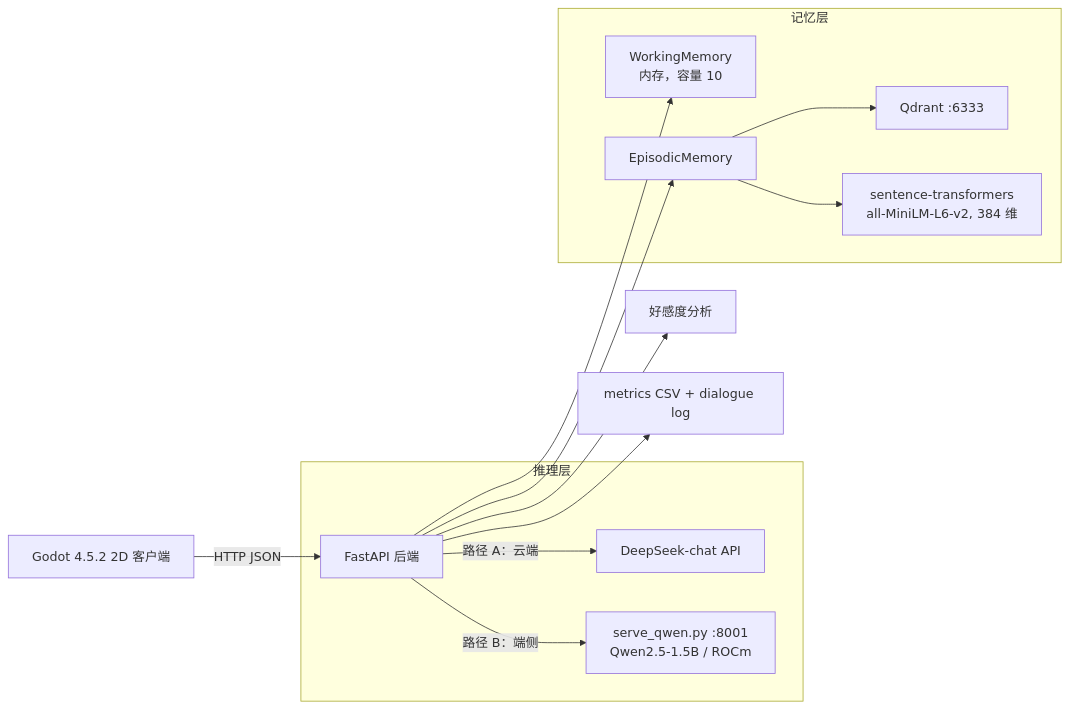
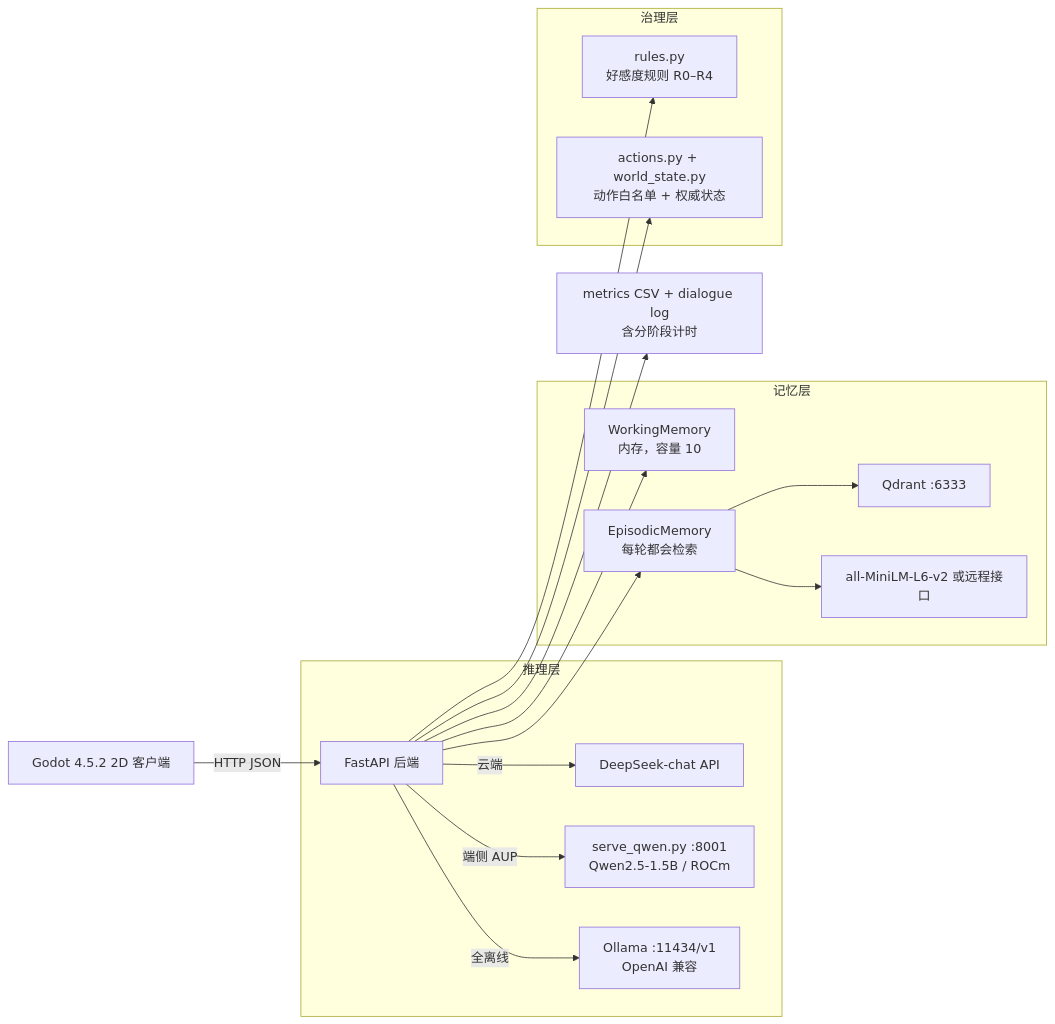
Before and after one commit to lingqinwd/cybertown-eval: the diagram in docs/ARCHITECTURE.md, drawn with Mermaid. The commit also changed other lines of this file and 2 other files, not shown here.

First line of the commit message:
docs: 修正"开销来源"的表述、ARCHITECTURE 补治理层、汇报稿加 PPT 素材

````diff
--- a/docs/ARCHITECTURE.md
+++ b/docs/ARCHITECTURE.md
@@ -5,19 +5,24 @@
 ```mermaid
 flowchart LR
     G[Godot 4.5.2 2D 客户端] -->|HTTP JSON| F[FastAPI 后端]
 
     subgraph 推理层
-        F -->|路径 A：云端| D[DeepSeek-chat API]
-        F -->|路径 B：端侧| L[serve_qwen.py :8001<br/>Qwen2.5-1.5B / ROCm]
+        F -->|云端| D[DeepSeek-chat API]
+        F -->|端侧 AUP| L[serve_qwen.py :8001<br/>Qwen2.5-1.5B / ROCm]
+        F -->|全离线| O[Ollama :11434/v1<br/>OpenAI 兼容]
     end
 
     subgraph 记忆层
         F --> W[WorkingMemory<br/>内存，容量 10]
-        F --> E[EpisodicMemory]
+        F --> E[EpisodicMemory<br/>每轮都会检索]
         E --> Q[Qdrant :6333]
-        E --> M[sentence-transformers<br/>all-MiniLM-L6-v2, 384 维]
+        E --> M[all-MiniLM-L6-v2 或远程接口]
     end
 
-    F --> R[好感度分析]
-    F --> LOG[metrics CSV + dialogue log]
+    subgraph 治理层
+        F --> R[rules.py<br/>好感度规则 R0–R4]
+        F --> A[actions.py + world_state.py<br/>动作白名单 + 权威状态]
+    end
+
+    F --> LOG[metrics CSV + dialogue log<br/>含分阶段计时]
 ```
````
